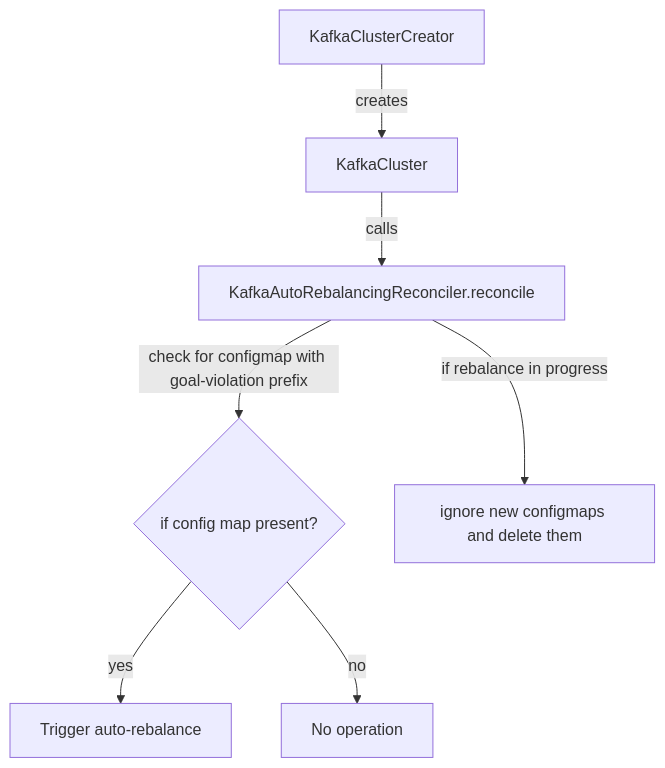
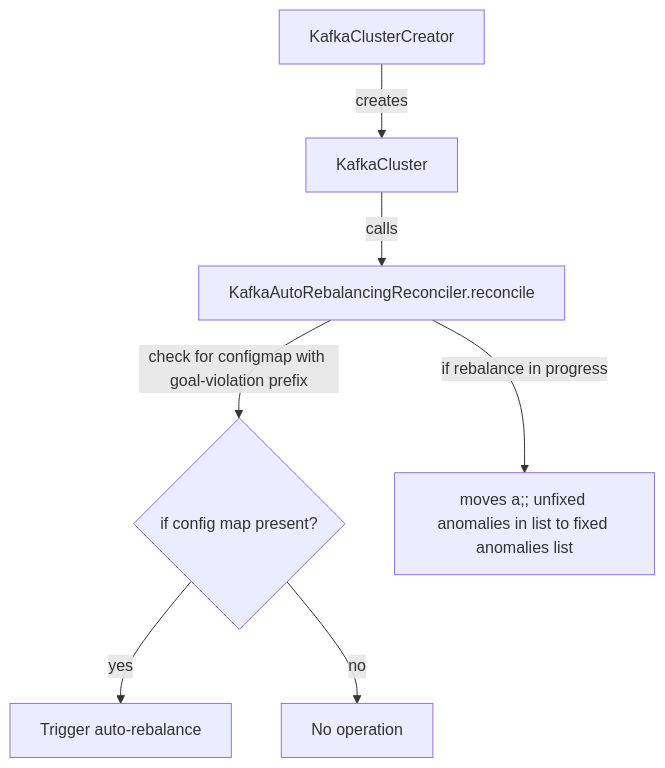
The fifth of 6 diagrams in 106-auto-rebalance-on-imbalanced-clusters.md (strimzi/proposals), drawn with Mermaid before and after one commit. The commit also changed other lines of this file, not shown here.

````diff
--- a/106-auto-rebalance-on-imbalanced-clusters.md
+++ b/106-auto-rebalance-on-imbalanced-clusters.md
@@ -359,9 +373,9 @@
 ```mermaid
 flowchart TB
   A[KafkaClusterCreator] --creates--> B[KafkaCluster]
   B -- calls --> D[KafkaAutoRebalancingReconciler.reconcile]
   D -- check for configmap with goal-violation prefix --> E{if config map present?}
-  D -- if rebalance in progress --> F[ignore new configmaps and delete them]
+  D -- if rebalance in progress --> F[moves a;; unfixed anomalies in list to fixed anomalies list]
   E -- yes --> G[Trigger auto-rebalance]
   E -- no --> H[No operation]
 ```
````
